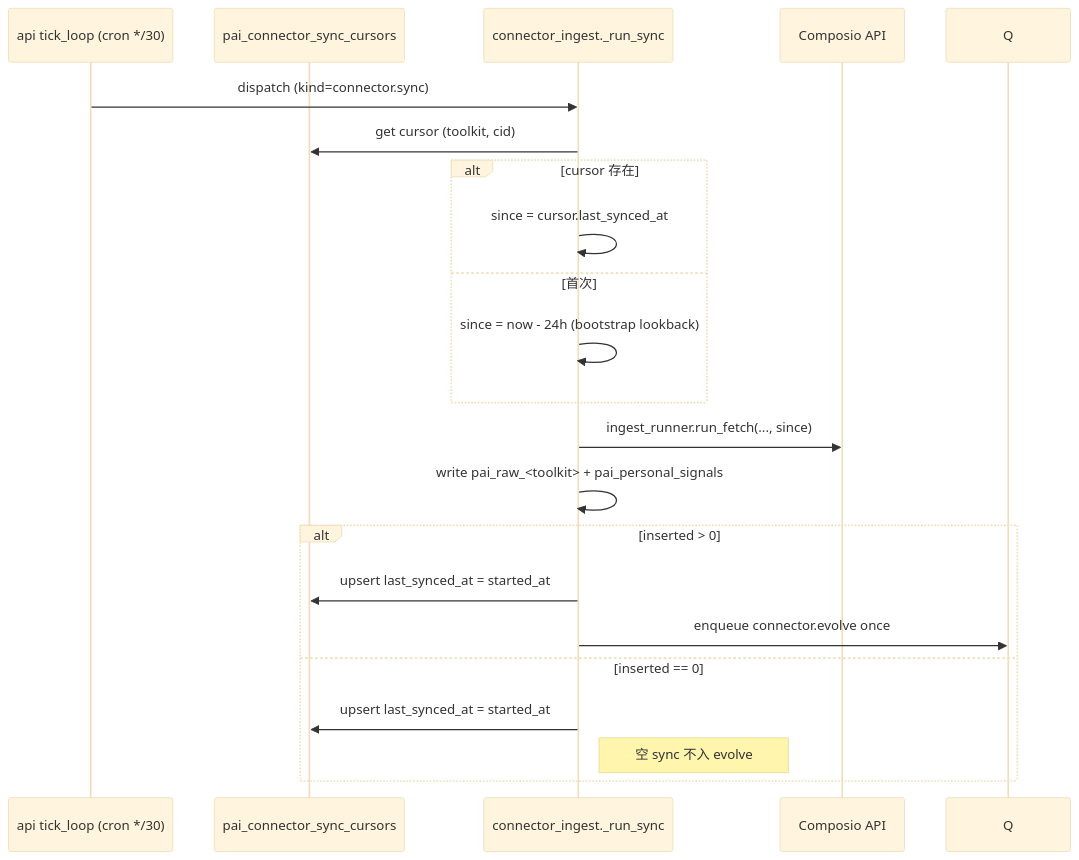
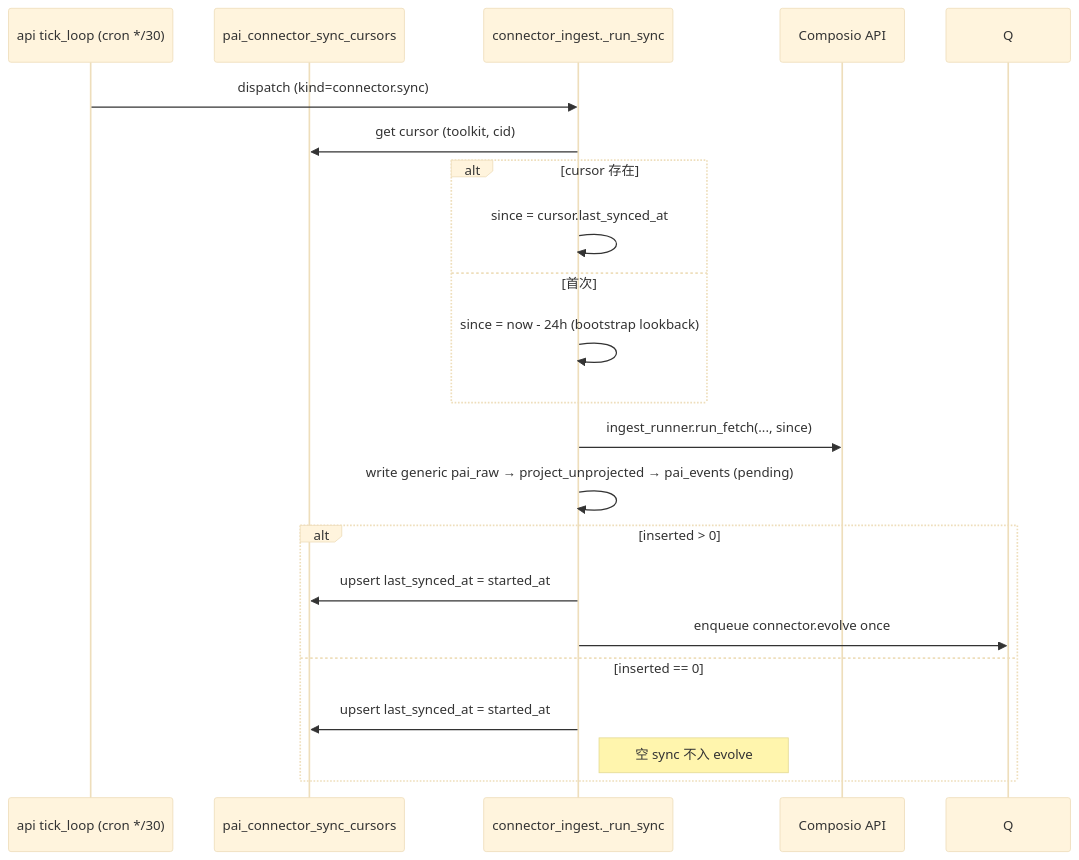
One commit to Edge-AI-HQ/proactive-assistant changed the third of 4 diagrams in docs/modules/data-connectors.mdx. Above: the diagram before and after it, drawn with Mermaid (base theme). The commit also changed other lines of this file and 326 other files, not shown here.

First line of the commit message:
refactor(memory): lifelong-memory three-layer refactor + legacy architecture sunset (#215)

````diff
--- a/docs/modules/data-connectors.mdx
+++ b/docs/modules/data-connectors.mdx
@@ -160,24 +161,24 @@
 ```mermaid
 sequenceDiagram
   participant Sched as api tick_loop (cron */30)
   participant Cur as pai_connector_sync_cursors
   participant H as connector_ingest._run_sync
   participant Composio as Composio API
 
   Sched->>H: dispatch (kind=connector.sync)
   H->>Cur: get cursor (toolkit, cid)
   alt cursor 存在
     H->>H: since = cursor.last_synced_at
   else 首次
     H->>H: since = now - 24h (bootstrap lookback)
   end
   H->>Composio: ingest_runner.run_fetch(..., since)
-  H->>H: write pai_raw_<toolkit> + pai_personal_signals
+  H->>H: write generic pai_raw → project_unprojected → pai_events (pending)
   alt inserted > 0
     H->>Cur: upsert last_synced_at = started_at
     H->>Q: enqueue connector.evolve once
   else inserted == 0
     H->>Cur: upsert last_synced_at = started_at
     Note right of H: 空 sync 不入 evolve
   end
 ```
````
